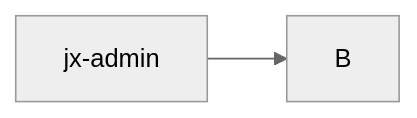
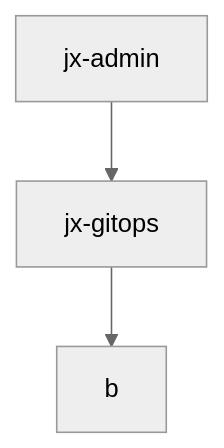
One commit to rajatgupta24/quickstart-6 changed the diagram in README.md. Above: the diagram before and after it, drawn with Mermaid (neutral theme). The commit also changed other lines of this file, not shown here.

First line of the commit message:
fix: add jx gitops steps

````diff
--- a/README.md
+++ b/README.md
@@ -5,4 +5,5 @@
 ```mermaid
-    graph LR;
-        jx-admin-->B;
+    graph TD;
+        jx-admin-->jx-gitops;
+        jx-gitops-->b;
 ```
````
